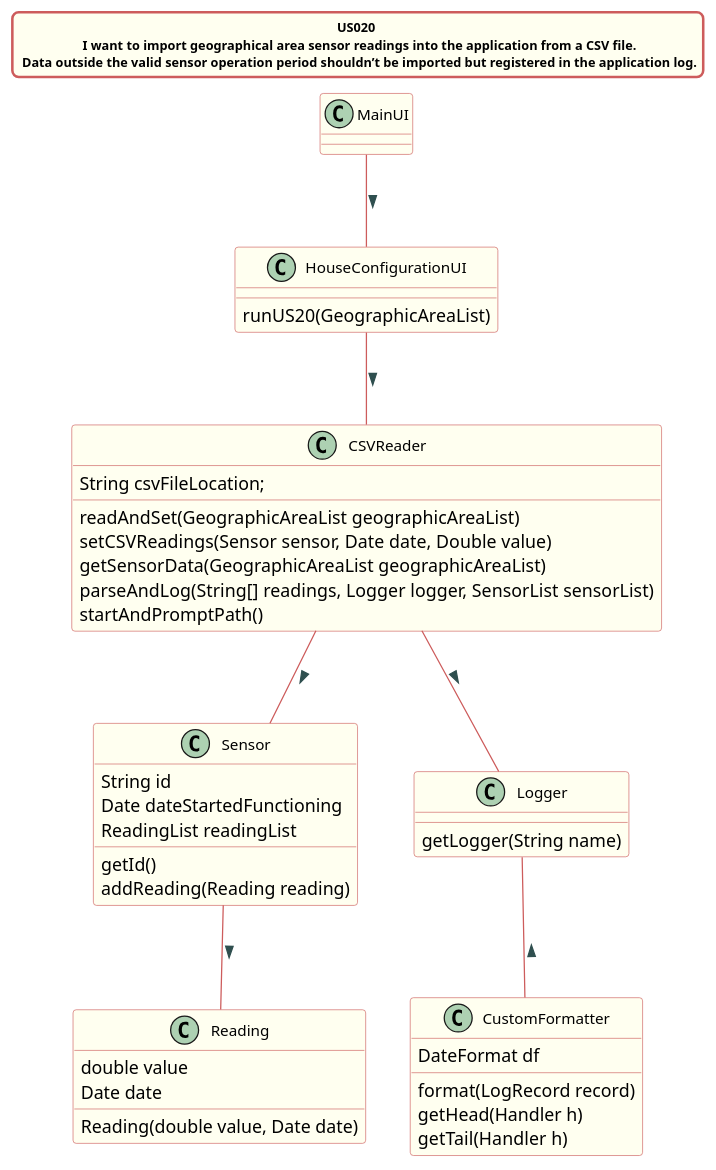
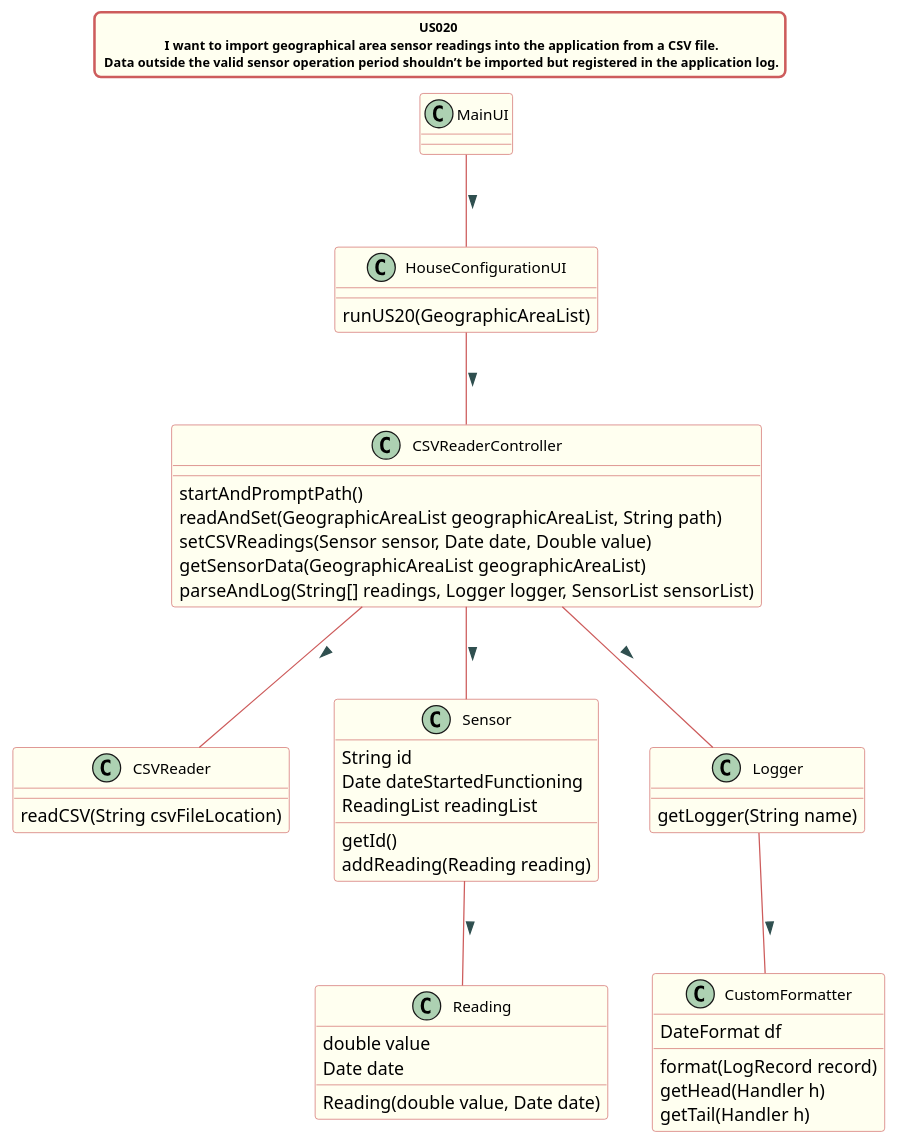
One commit to Almadanmp/project changed the diagram in src/doc/Controllers/HouseConfiguration/US20/US20_cd_HouseConfiguration.puml. Above: the diagram before and after it, drawn with PlantUML. The commit also changed 6 other files, not shown here.

Commit message:
Ref #160 Updates all US UML Diagrams for new Controller Class

```diff
--- a/src/doc/Controllers/HouseConfiguration/US20/US20_cd_HouseConfiguration.puml
+++ b/src/doc/Controllers/HouseConfiguration/US20/US20_cd_HouseConfiguration.puml
@@ -1,76 +1,77 @@
 @startuml
 title US020 \n  I want to import geographical area sensor readings into the application from a CSV file. \n Data outside the valid sensor operation period shouldn’t be imported but registered in the application log.
 
 skinparam titleBorderRoundCorner 10
 skinparam titleBorderThickness 2
 skinparam titleBorderColor indianred
 skinparam titleBackgroundColor ivory
 skinparam FontName verdana
 skinparam titleFontSize 10
 
 
 skinparam class {
  	BorderColor indianred
  	BackgroundColor indianred
  	BackgroundColor ivory
     roundcorner 10
     ArrowFontName Verdana
     ArrowColor indianred
     ArrowFontColor darkslategrey
     FontSize 12
  }
 
 
 MainUI -- HouseConfigurationUI : >
 
-HouseConfigurationUI -- CSVReader : >
-CSVReader -- Sensor : >
-CSVReader -- Logger : >
+HouseConfigurationUI -- CSVReaderController : >
+CSVReaderController -- CSVReader : >
+CSVReaderController -- Sensor : >
+CSVReaderController -- Logger : >
 Sensor -- Reading : >
-Logger -- CustomFormatter : <
+Logger -- CustomFormatter : >
 
 class HouseConfigurationUI{
 
 runUS20(GeographicAreaList)
 }
 
-class CSVReader{
-String csvFileLocation;
-
-readAndSet(GeographicAreaList geographicAreaList)
+class CSVReaderController{
+startAndPromptPath()
+readAndSet(GeographicAreaList geographicAreaList, String path)
 setCSVReadings(Sensor sensor, Date date, Double value)
 getSensorData(GeographicAreaList geographicAreaList)
 parseAndLog(String[] readings, Logger logger, SensorList sensorList)
-startAndPromptPath()
 }
 
-
+class CSVReader{
+readCSV(String csvFileLocation)
+}
 
 class Sensor{
 String id
 Date dateStartedFunctioning
 ReadingList readingList
 
 getId()
 addReading(Reading reading)
 }
 
 class Reading{
 double value
 Date date
 
 Reading(double value, Date date)
 }
 class Logger{
 getLogger(String name)
 }
 
 class CustomFormatter{
 DateFormat df
 
 format(LogRecord record)
 getHead(Handler h)
 getTail(Handler h)
 }
 
 @enduml
```
